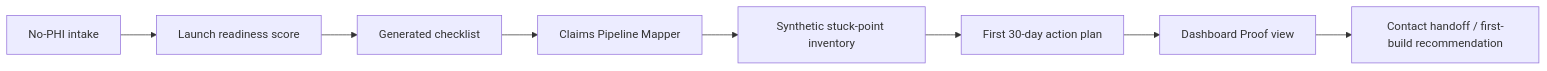
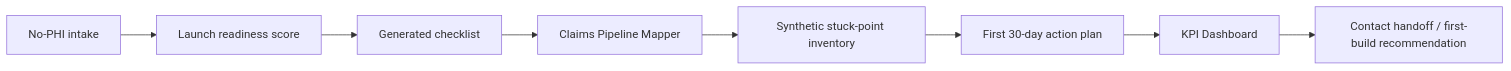
One commit to RevCycleMGMT/revcyclemgmt-app-shell changed the diagram in README.md. Above: the diagram before and after it, drawn with Mermaid. The commit also changed other lines of this file and 12 other files, not shown here.

Commit message:
Add RCM Dashboard KPI workspace

````diff
--- a/README.md
+++ b/README.md
@@ -81,10 +123,10 @@
 ```mermaid
 flowchart LR
     A[No-PHI intake] --> B[Launch readiness score]
     B --> C[Generated checklist]
     C --> D[Claims Pipeline Mapper]
     D --> E[Synthetic stuck-point inventory]
     E --> F[First 30-day action plan]
-    F --> G[Dashboard Proof view]
+    F --> G[KPI Dashboard]
     G --> H[Contact handoff / first-build recommendation]
 ```
````
